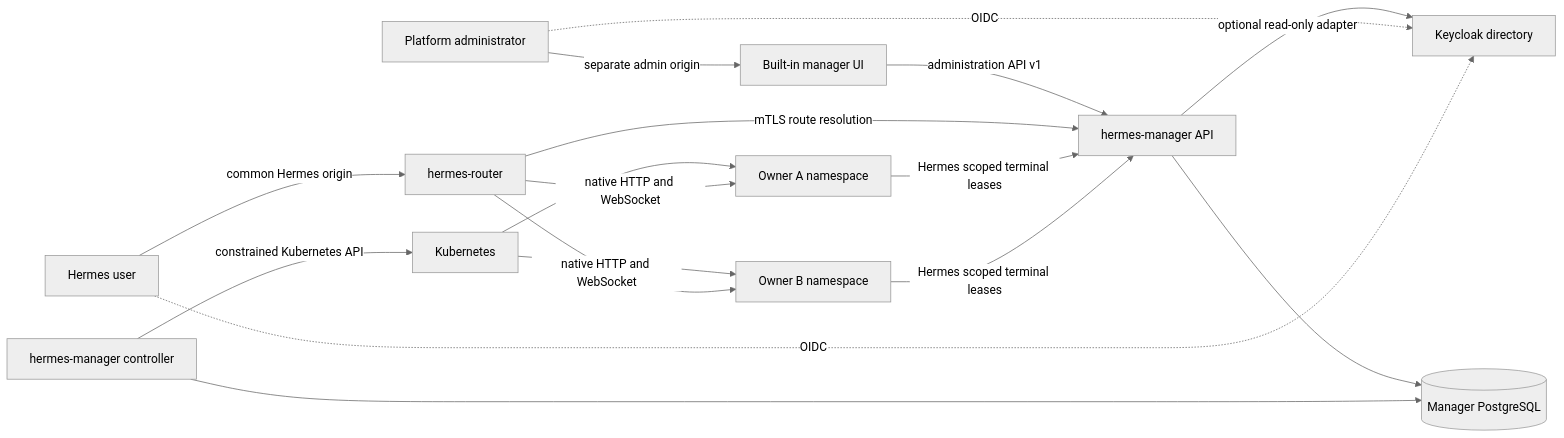
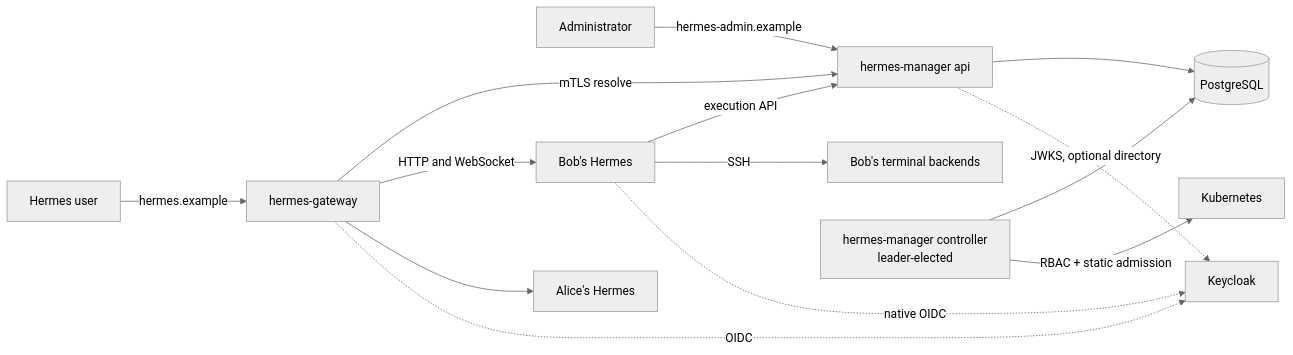
One commit to Accelero/agent-platform changed the diagram in docs/personal-hermes/architecture.md. Above: the diagram before and after it, drawn with Mermaid (neutral theme). The commit also changed other lines of this file and 466 other files, not shown here.

````diff
--- a/docs/personal-hermes/architecture.md
+++ b/docs/personal-hermes/architecture.md
@@ -92,19 +30,16 @@
 ```mermaid
 flowchart LR
-  Admin[Platform administrator] -->|separate admin origin| UI[Built-in manager UI]
-  User[Hermes user] -->|common Hermes origin| Router[hermes-router]
-  UI -->|administration API v1| API[hermes-manager API]
-  Router -->|mTLS route resolution| API
-  API --> Registry[(Manager PostgreSQL)]
-  API -->|optional read-only adapter| KC[Keycloak directory]
-  Admin -. OIDC .-> KC
-  User -. OIDC .-> KC
-  Controller[hermes-manager controller] --> Registry
-  Controller -->|constrained Kubernetes API| K8s[Kubernetes]
-  K8s --> A[Owner A namespace]
-  K8s --> B[Owner B namespace]
-  Router -->|native HTTP and WebSocket| A
-  Router -->|native HTTP and WebSocket| B
-  A -->|Hermes scoped terminal leases| API
-  B -->|Hermes scoped terminal leases| API
+  User[Hermes user] -->|hermes.example| GW[hermes-gateway]
+  Admin[Administrator] -->|hermes-admin.example| API[hermes-manager api]
+  GW -->|mTLS resolve| API
+  GW -->|HTTP and WebSocket| HA[Bob's Hermes]
+  GW --> HB[Alice's Hermes]
+  HA -->|execution API| API
+  HA -->|SSH| WA[Bob's terminal backends]
+  API --> DB[(PostgreSQL)]
+  CTL[hermes-manager controller<br/>leader-elected] --> DB
+  CTL -->|RBAC + static admission| K8S[Kubernetes]
+  GW -.OIDC.-> KC[Keycloak]
+  API -.JWKS, optional directory.-> KC
+  HA -.native OIDC.-> KC
 ```
````
